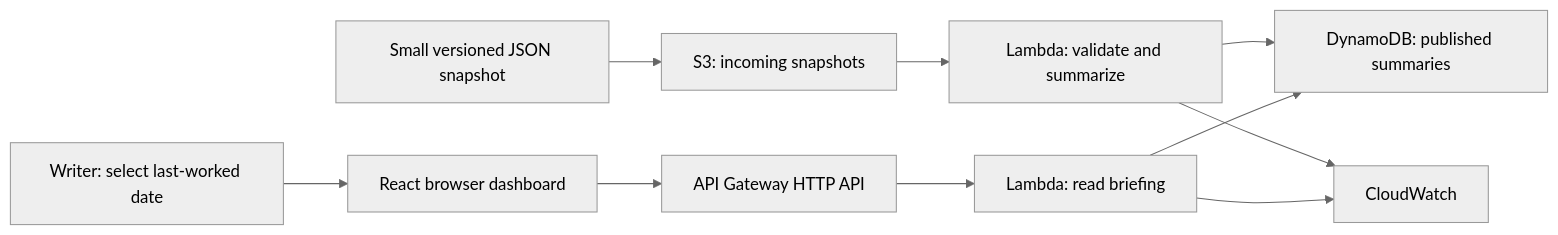
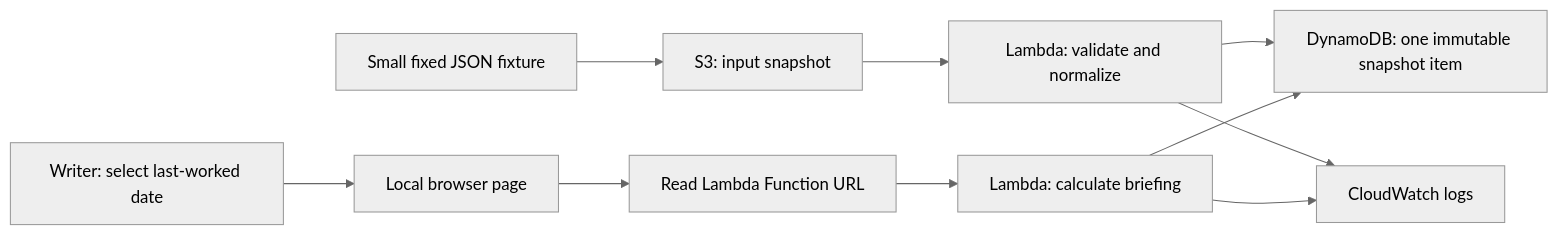
The diagram in order-writer-design.md (irisyjchang/tjs-helper), drawn with Mermaid (neutral theme) before and after one commit. The commit also changed other lines of this file, not shown here.

````diff
--- a/order-writer-design.md
+++ b/order-writer-design.md
@@ -72,12 +72,12 @@
 ```mermaid
 flowchart LR
-    INPUT[Small versioned JSON snapshot] --> S3[S3: incoming snapshots]
-    S3 --> INGEST[Lambda: validate and summarize]
-    INGEST --> DB[DynamoDB: published summaries]
-    USER[Writer: select last-worked date] --> UI[React browser dashboard]
-    UI --> API[API Gateway HTTP API]
-    API --> READ[Lambda: read briefing]
+    INPUT[Small fixed JSON fixture] --> S3[S3: input snapshot]
+    S3 --> INGEST[Lambda: validate and normalize]
+    INGEST --> DB[DynamoDB: one immutable snapshot item]
+    USER[Writer: select last-worked date] --> UI[Local browser page]
+    UI --> URL[Read Lambda Function URL]
+    URL --> READ[Lambda: calculate briefing]
     READ --> DB
-    INGEST --> LOG[CloudWatch]
+    INGEST --> LOG[CloudWatch logs]
     READ --> LOG
 ```
````
